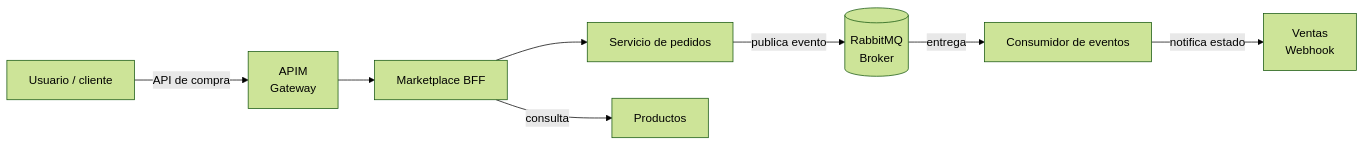
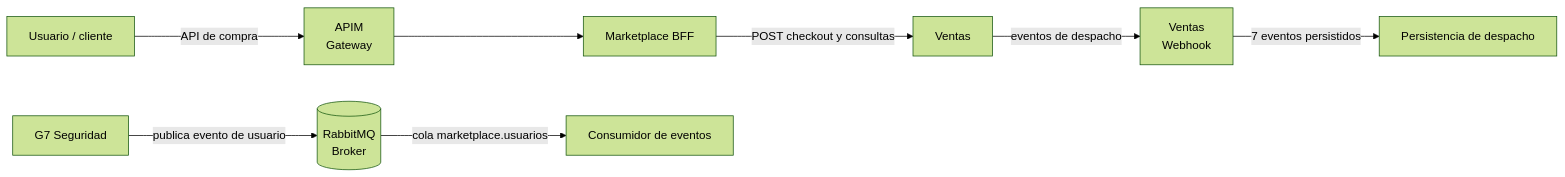
The diagram in docs/evidencias/h5/325-arquitectura-c4.md (Taller-SW-Web/G1-Marketplace-Frontend), drawn with Mermaid (forest theme) before and after one commit. The commit also changed other lines of this file and 5 other files, not shown here.

````diff
--- a/docs/evidencias/h5/325-arquitectura-c4.md
+++ b/docs/evidencias/h5/325-arquitectura-c4.md
@@ -5,19 +5,20 @@
 ```mermaid
 flowchart LR
     Cliente[Usuario / cliente]
     APIM[APIM\nGateway]
     BFF[Marketplace BFF]
-    Pedido[Servicio de pedidos]
+    G7[G7 Seguridad]
     Broker[(RabbitMQ\nBroker)]
     Consumer[Consumidor de eventos]
+    Ventas[Ventas]
     Webhook[Ventas\nWebhook]
-    Productos[Productos]
+    Despacho[Persistencia de despacho]
 
     Cliente -->|API de compra| APIM
     APIM --> BFF
-    BFF -->|consulta| Productos
-    BFF --> Pedido
-    Pedido -->|publica evento| Broker
-    Broker -->|entrega| Consumer
-    Consumer -->|notifica estado| Webhook
+    BFF -->|POST checkout y consultas| Ventas
+    G7 -->|publica evento de usuario| Broker
+    Broker -->|cola marketplace.usuarios| Consumer
+    Ventas -->|eventos de despacho| Webhook
+    Webhook -->|7 eventos persistidos| Despacho
 ```
````
